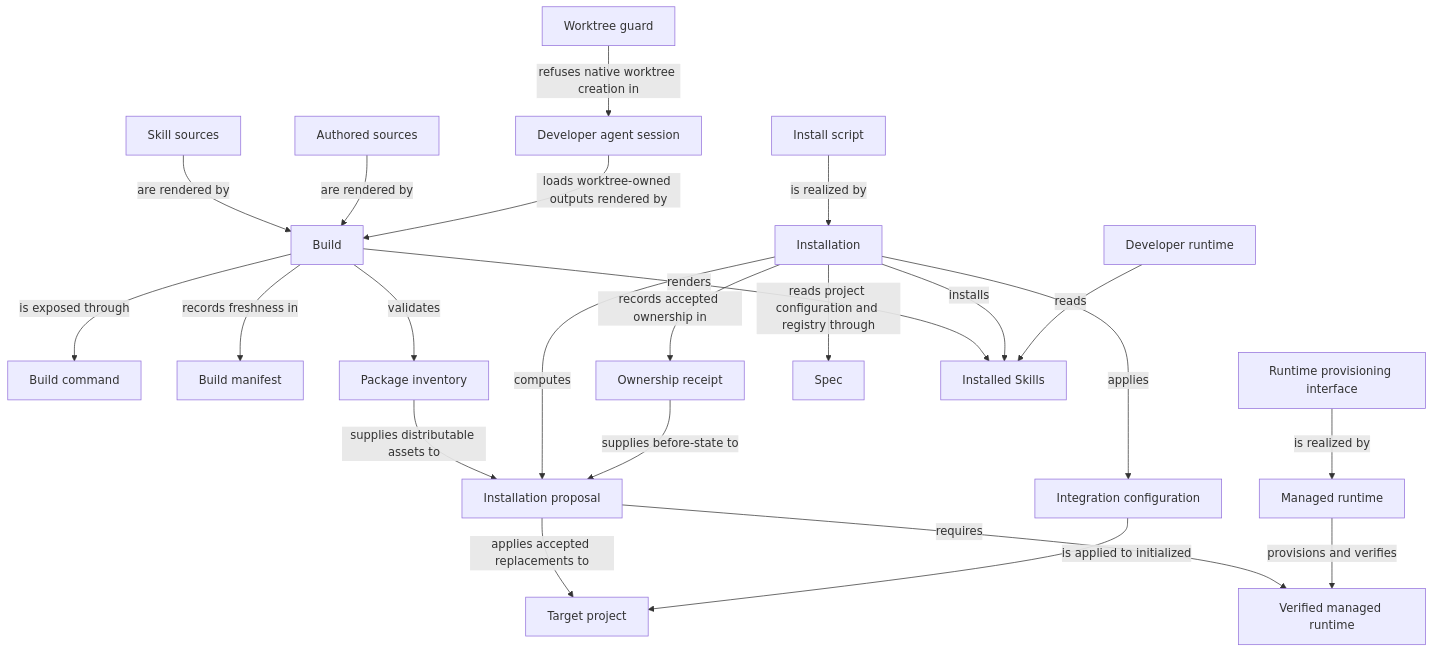
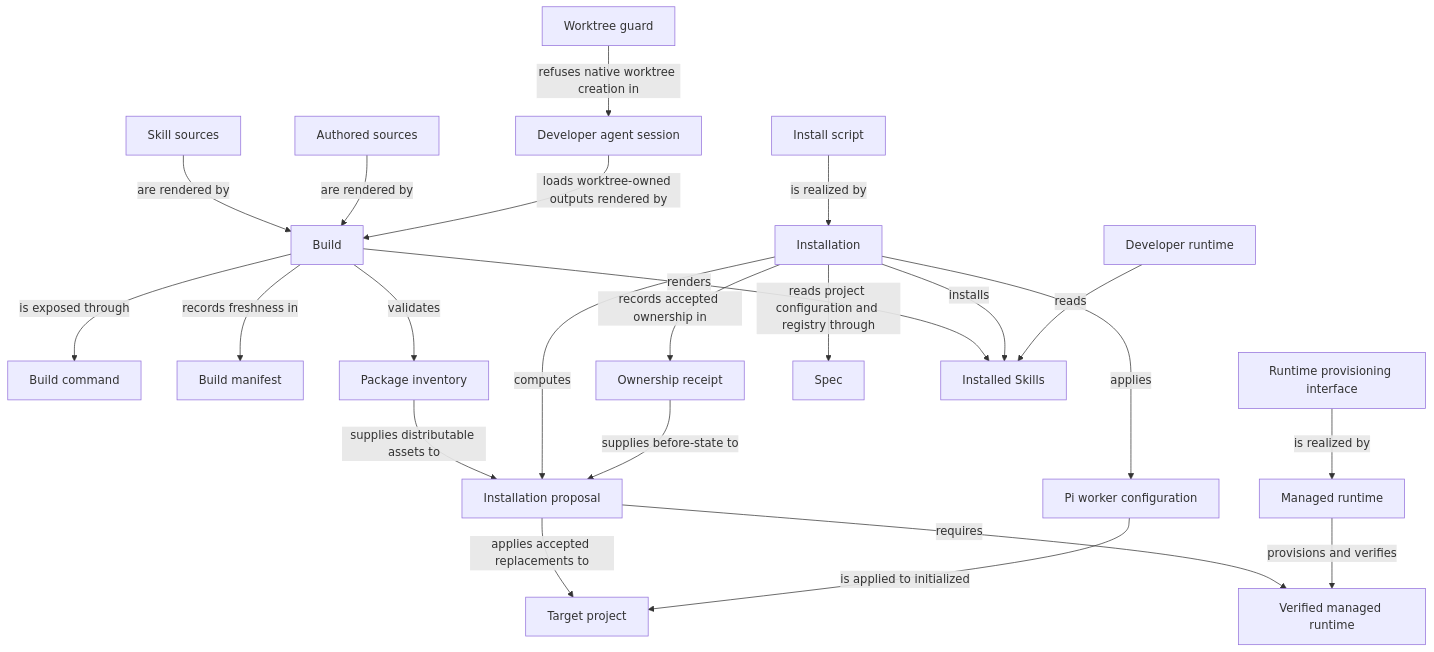
One commit to FTOD/concorde changed the diagram in specs/concorde/distribution/module.md. Above: the diagram before and after it, drawn with Mermaid. The commit also changed other lines of this file and 222 other files, not shown here.

````diff
--- a/specs/concorde/distribution/module.md
+++ b/specs/concorde/distribution/module.md
@@ -298,47 +298,47 @@
 ```mermaid
 flowchart TB
     accTitle: Distribution entities and relationships
     accDescr: Build renders Authored sources and Skill sources, records freshness in the Build manifest and validates the Package inventory. Installation installs rendered Skills for the external Developer runtime, applies receipt-owned proposals to the Target project and reads configuration through Spec. Managed runtime provisions the Verified managed runtime. In this source checkout the Worktree guard constrains the Developer agent session.
     authored["Authored sources"]
     build["Build"]
     buildCmd["Build command"]
     manifest["Build manifest"]
     inventory["Package inventory"]
     installScript["Install script"]
     installation["Installation"]
     proposal["Installation proposal"]
     receipt["Ownership receipt"]
     target["Target project"]
-    config["Integration configuration"]
+    config["Pi worker configuration"]
     runtimeIface["Runtime provisioning interface"]
     managedRuntime["Managed runtime"]
     verifiedRuntime["Verified managed runtime"]
     guard["Worktree guard"]
     session["Developer agent session"]
     spec["Spec"]
     skillSources["Skill sources"]
     installedSkills["Installed Skills"]
     developerRuntime["Developer runtime"]
     skillSources -->|are rendered by| build
     build -->|renders| installedSkills
     installation -->|installs| installedSkills
     developerRuntime -->|reads| installedSkills
     authored -->|are rendered by| build
     build -->|is exposed through| buildCmd
     build -->|records freshness in| manifest
     build -->|validates| inventory
     inventory -->|supplies distributable assets to| proposal
     installScript -->|is realized by| installation
     installation -->|computes| proposal
     receipt -->|supplies before-state to| proposal
     proposal -->|applies accepted replacements to| target
     proposal -->|requires| verifiedRuntime
     installation -->|records accepted ownership in| receipt
     installation -->|applies| config
     config -->|is applied to initialized| target
     runtimeIface -->|is realized by| managedRuntime
     managedRuntime -->|provisions and verifies| verifiedRuntime
     installation -->|reads project configuration and registry through| spec
     session -->|loads worktree-owned outputs rendered by| build
     guard -->|refuses native worktree creation in| session
 ```
````
